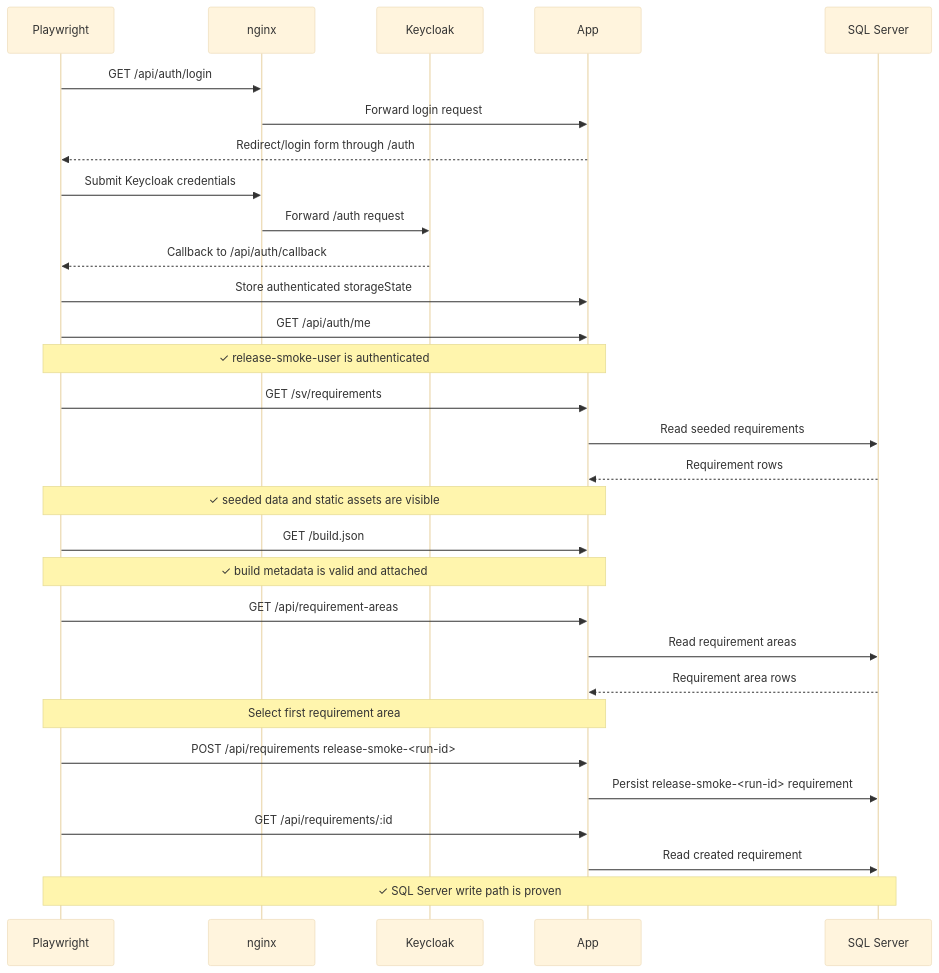
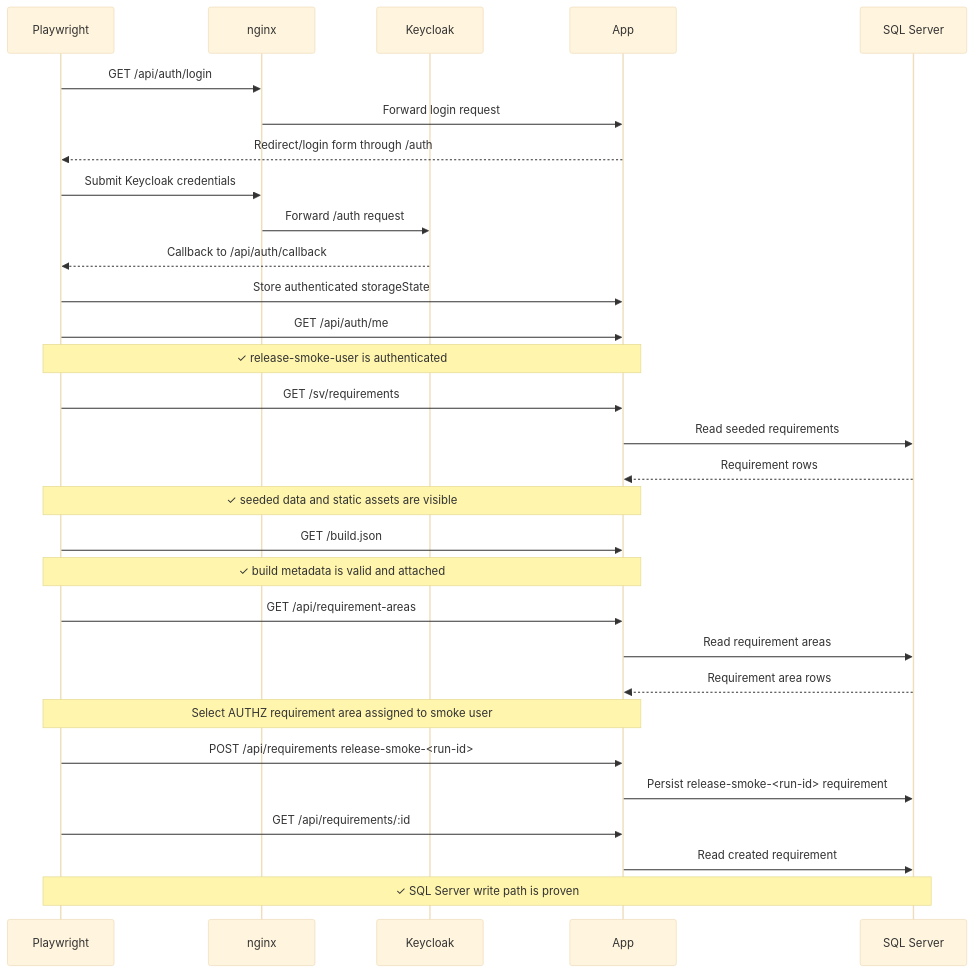
The second of 3 diagrams in tests/release-smoke/release-smoke.md (viscalyx/Kravhantering), drawn with Mermaid (base theme) before and after one commit. The commit also changed other lines of this file and 75 other files, not shown here.

````diff
--- a/tests/release-smoke/release-smoke.md
+++ b/tests/release-smoke/release-smoke.md
@@ -96,33 +98,33 @@
 ```mermaid
 sequenceDiagram
     participant PW as Playwright
     participant N as nginx
     participant KC as Keycloak
     participant APP as App
     participant DB as SQL Server
 
     PW->>N: GET /api/auth/login
     N->>APP: Forward login request
     APP-->>PW: Redirect/login form through /auth
     PW->>N: Submit Keycloak credentials
     N->>KC: Forward /auth request
     KC-->>PW: Callback to /api/auth/callback
     PW->>APP: Store authenticated storageState
     PW->>APP: GET /api/auth/me
     Note over PW,APP: ✓ release-smoke-user is authenticated
     PW->>APP: GET /sv/requirements
     APP->>DB: Read seeded requirements
     DB-->>APP: Requirement rows
     Note over PW,APP: ✓ seeded data and static assets are visible
     PW->>APP: GET /build.json
     Note over PW,APP: ✓ build metadata is valid and attached
     PW->>APP: GET /api/requirement-areas
     APP->>DB: Read requirement areas
     DB-->>APP: Requirement area rows
-    Note over PW,APP: Select first requirement area
+    Note over PW,APP: Select AUTHZ requirement area assigned to smoke user
     PW->>APP: POST /api/requirements release-smoke-<run-id>
     APP->>DB: Persist release-smoke-<run-id> requirement
     PW->>APP: GET /api/requirements/:id
     APP->>DB: Read created requirement
     Note over PW,DB: ✓ SQL Server write path is proven
 ```
````
